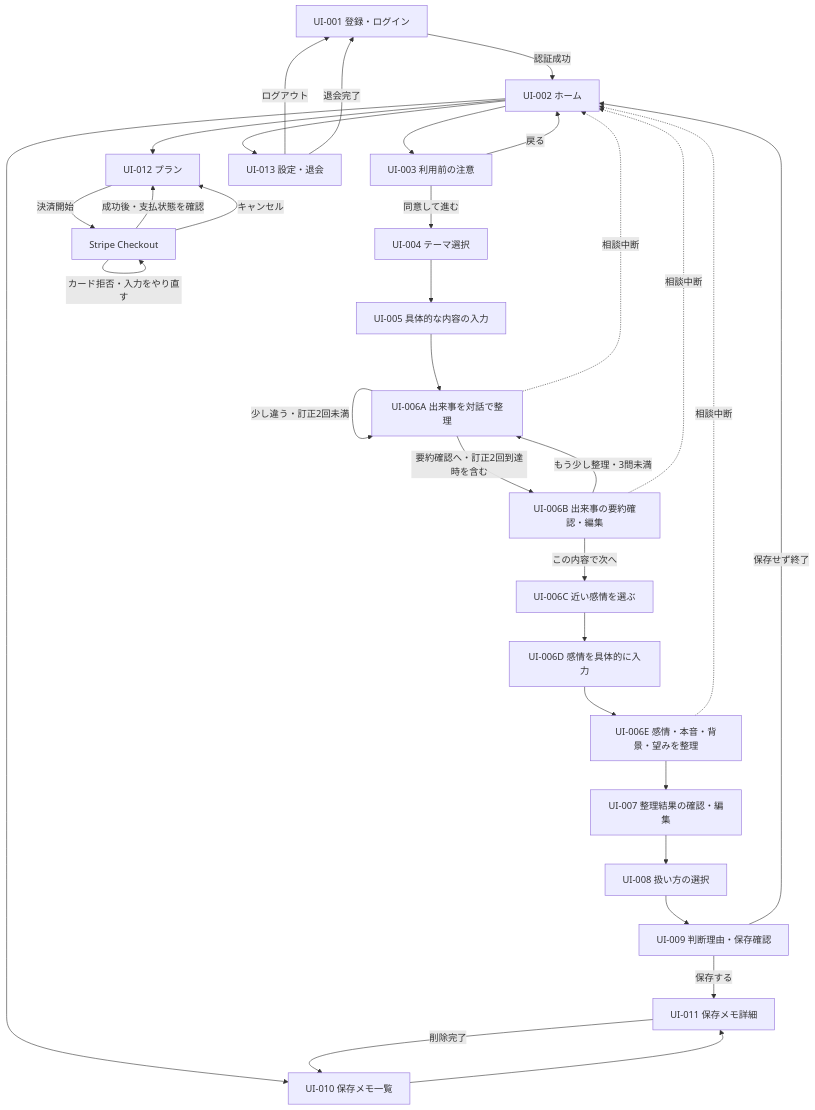
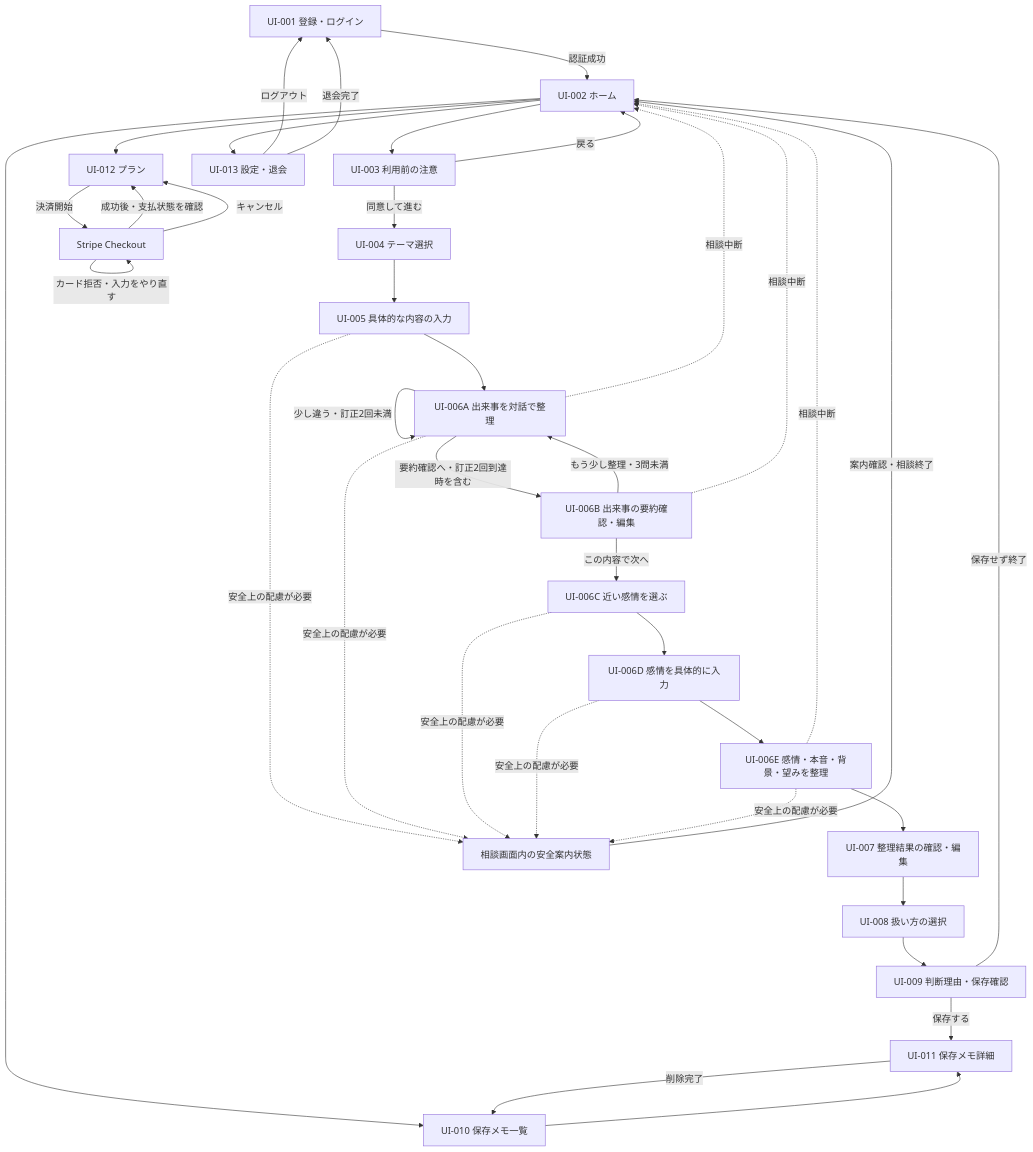
The diagram in docs/screen-design.md (ms-engineer-bc26-05/Section9_TeamD), drawn with Mermaid before and after one commit. The commit also changed other lines of this file and 4 other files, not shown here.

````diff
--- a/docs/screen-design.md
+++ b/docs/screen-design.md
@@ -83,35 +87,41 @@
 ```mermaid
 flowchart TD
     A[UI-001 登録・ログイン] -->|認証成功| B[UI-002 ホーム]
     B --> C[UI-003 利用前の注意]
     C -->|同意して進む| D[UI-004 テーマ選択]
     C -->|戻る| B
     D --> E[UI-005 具体的な内容の入力]
     E --> F1[UI-006A 出来事を対話で整理]
     F1 -->|理解が合う・質問を続ける| F1
     F1 -->|少し違う・訂正2回未満| F1
     F1 -->|要約確認へ・訂正2回到達時を含む| F2[UI-006B 出来事の要約確認・編集]
     F2 -->|この内容で次へ| F3[UI-006C 近い感情を選ぶ]
     F2 -->|もう少し整理・3問未満| F1
     F3 --> F4[UI-006D 感情を具体的に入力]
     F4 --> F5[UI-006E 感情・本音・背景・望みを整理]
     F5 --> G[UI-007 整理結果の確認・編集]
+    E -.安全上の配慮が必要.-> Q[相談画面内の安全案内状態]
+    F1 -.安全上の配慮が必要.-> Q
+    F3 -.安全上の配慮が必要.-> Q
+    F4 -.安全上の配慮が必要.-> Q
+    F5 -.安全上の配慮が必要.-> Q
+    Q -->|案内確認・相談終了| B
     G --> H[UI-008 扱い方の選択]
     H --> I[UI-009 判断理由・保存確認]
     I -->|保存する| K[UI-011 保存メモ詳細]
     I -->|保存せず終了| B
     B --> J[UI-010 保存メモ一覧]
     J --> K
     K -->|削除完了| J
     B --> L[UI-012 プラン]
     L -->|決済開始| S[Stripe Checkout]
     S -->|成功後・支払状態を確認| L
     S -->|キャンセル| L
     S -->|カード拒否・入力をやり直す| S
     B --> M[UI-013 設定・退会]
     M -->|ログアウト| A
     M -->|退会完了| A
     F1 -.相談中断.-> B
     F2 -.相談中断.-> B
     F5 -.相談中断.-> B
 ```
````
